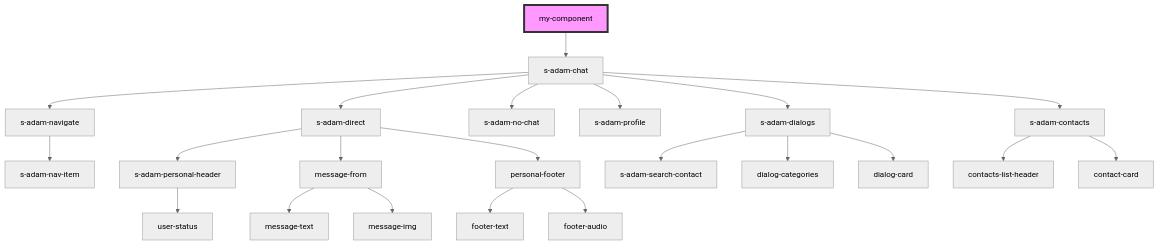
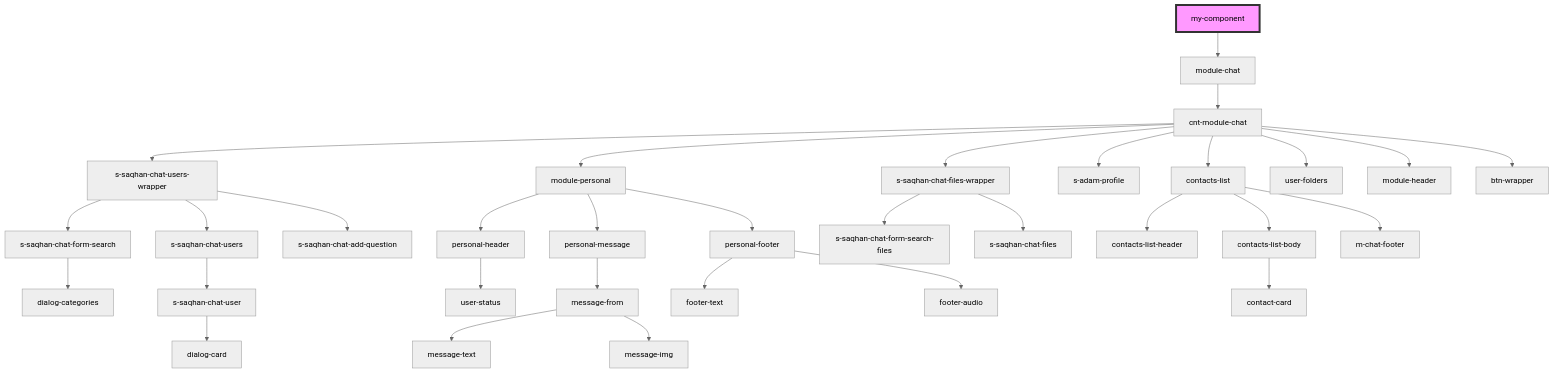
Before and after one commit to saqhan/stencil-chat: the diagram in src/components/my-component/readme.md, drawn with Mermaid (neutral theme). The commit also changed other lines of this file and 15 other files, not shown here.

````diff
--- a/src/components/my-component/readme.md
+++ b/src/components/my-component/readme.md
@@ -13,25 +13,35 @@
 ```mermaid
 graph TD;
-  my-component --> s-adam-chat
-  s-adam-chat --> s-adam-navigate
-  s-adam-chat --> s-adam-direct
-  s-adam-chat --> s-adam-no-chat
-  s-adam-chat --> s-adam-profile
-  s-adam-chat --> s-adam-dialogs
-  s-adam-chat --> s-adam-contacts
-  s-adam-navigate --> s-adam-nav-item
-  s-adam-direct --> s-adam-personal-header
-  s-adam-direct --> message-from
-  s-adam-direct --> personal-footer
-  s-adam-personal-header --> user-status
+  my-component --> module-chat
+  module-chat --> cnt-module-chat
+  cnt-module-chat --> s-saqhan-chat-users-wrapper
+  cnt-module-chat --> module-personal
+  cnt-module-chat --> s-saqhan-chat-files-wrapper
+  cnt-module-chat --> s-adam-profile
+  cnt-module-chat --> contacts-list
+  cnt-module-chat --> user-folders
+  cnt-module-chat --> module-header
+  cnt-module-chat --> btn-wrapper
+  s-saqhan-chat-users-wrapper --> s-saqhan-chat-form-search
+  s-saqhan-chat-users-wrapper --> s-saqhan-chat-users
+  s-saqhan-chat-users-wrapper --> s-saqhan-chat-add-question
+  s-saqhan-chat-form-search --> dialog-categories
+  s-saqhan-chat-users --> s-saqhan-chat-user
+  s-saqhan-chat-user --> dialog-card
+  module-personal --> personal-header
+  module-personal --> personal-message
+  module-personal --> personal-footer
+  personal-header --> user-status
+  personal-message --> message-from
   message-from --> message-text
   message-from --> message-img
   personal-footer --> footer-text
   personal-footer --> footer-audio
-  s-adam-dialogs --> s-adam-search-contact
-  s-adam-dialogs --> dialog-categories
-  s-adam-dialogs --> dialog-card
-  s-adam-contacts --> contacts-list-header
-  s-adam-contacts --> contact-card
+  s-saqhan-chat-files-wrapper --> s-saqhan-chat-form-search-files
+  s-saqhan-chat-files-wrapper --> s-saqhan-chat-files
+  contacts-list --> contacts-list-header
+  contacts-list --> contacts-list-body
+  contacts-list --> m-chat-footer
+  contacts-list-body --> contact-card
   style my-component fill:#f9f,stroke:#333,stroke-width:4px
 ```
````
